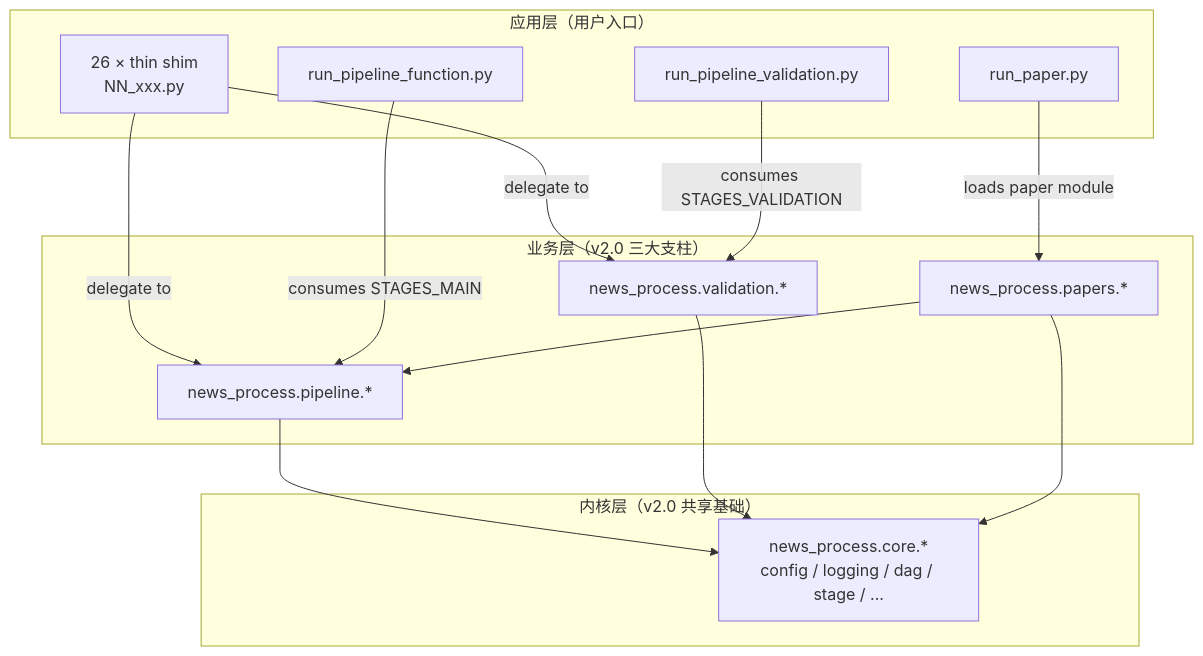
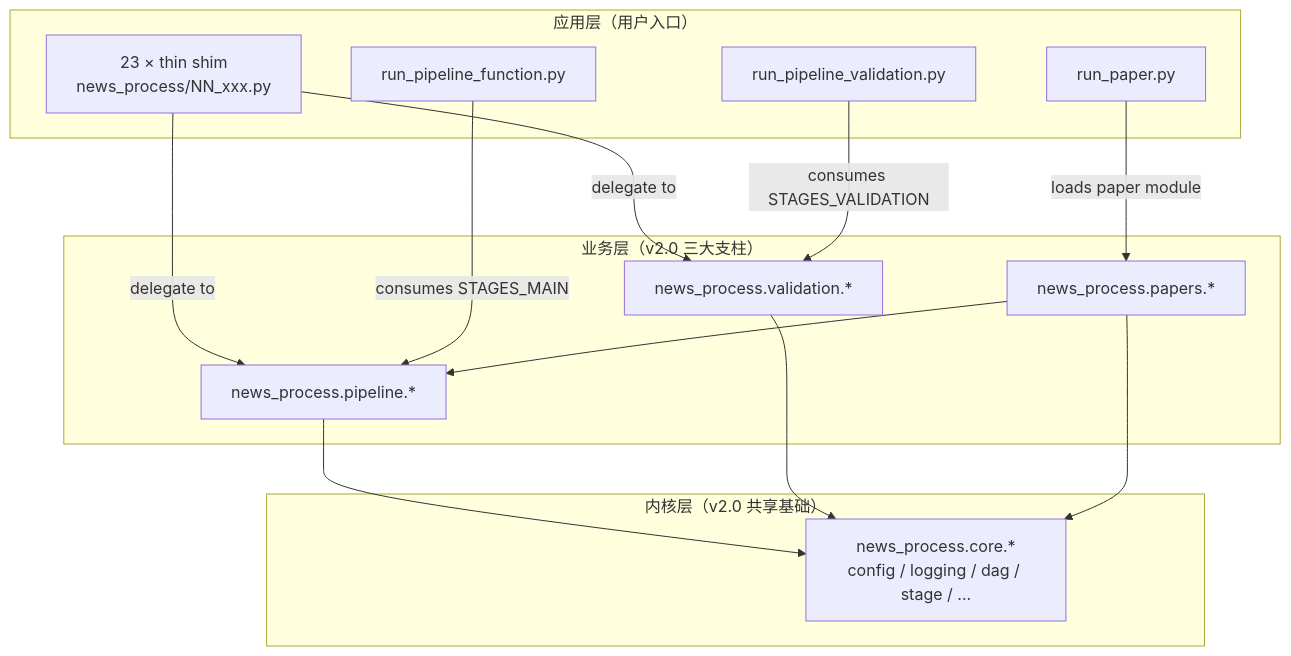
The first of 2 diagrams in docs/architecture.md (lizhenbimsa/data_antigravity_project), drawn with Mermaid before and after one commit. The commit also changed other lines of this file, not shown here.

Commit message:
docs(architecture): fix shim count 26 -> 23 in current-state diagrams
The CLAUDE.md was corrected in fa952ce (855 baseline, 23 shims,
news_process/ path). The docs/architecture.md still showed "26 ×
thin shim" in both the ASCII layout (L15) and the mermaid topology
(L38) — these describe CURRENT v2.1.0 state, not historical.

Historical entries (CHANGELOG, news_process/__init__.py phase logs,
docs/guides/thin_shim_pattern.md retrospective sections) are left
intact: at v2.0.0/v2.1.0 release time the count WAS 26, and editing
historical records would rewrite history rather than reflect it.

````diff
--- a/docs/architecture.md
+++ b/docs/architecture.md
@@ -35,30 +35,30 @@
 ```{mermaid}
 graph TB
     subgraph "应用层（用户入口）"
-        RootShim[26 × thin shim<br/>NN_xxx.py]
+        RootShim[23 × thin shim<br/>news_process/NN_xxx.py]
         RunMain[run_pipeline_function.py]
         RunVal[run_pipeline_validation.py]
         RunPaper[run_paper.py]
     end
 
     subgraph "业务层（v2.0 三大支柱）"
         Pipeline[news_process.pipeline.*]
         Validation[news_process.validation.*]
         Papers[news_process.papers.*]
     end
 
     subgraph "内核层（v2.0 共享基础）"
         Core[news_process.core.*<br/>config / logging / dag / stage / ...]
     end
 
     RootShim -->|delegate to| Pipeline
     RootShim -->|delegate to| Validation
     RunMain -->|consumes STAGES_MAIN| Pipeline
     RunVal -->|consumes STAGES_VALIDATION| Validation
     RunPaper -->|loads paper module| Papers
 
     Pipeline --> Core
     Validation --> Core
     Papers --> Core
     Papers --> Pipeline
 ```
````
